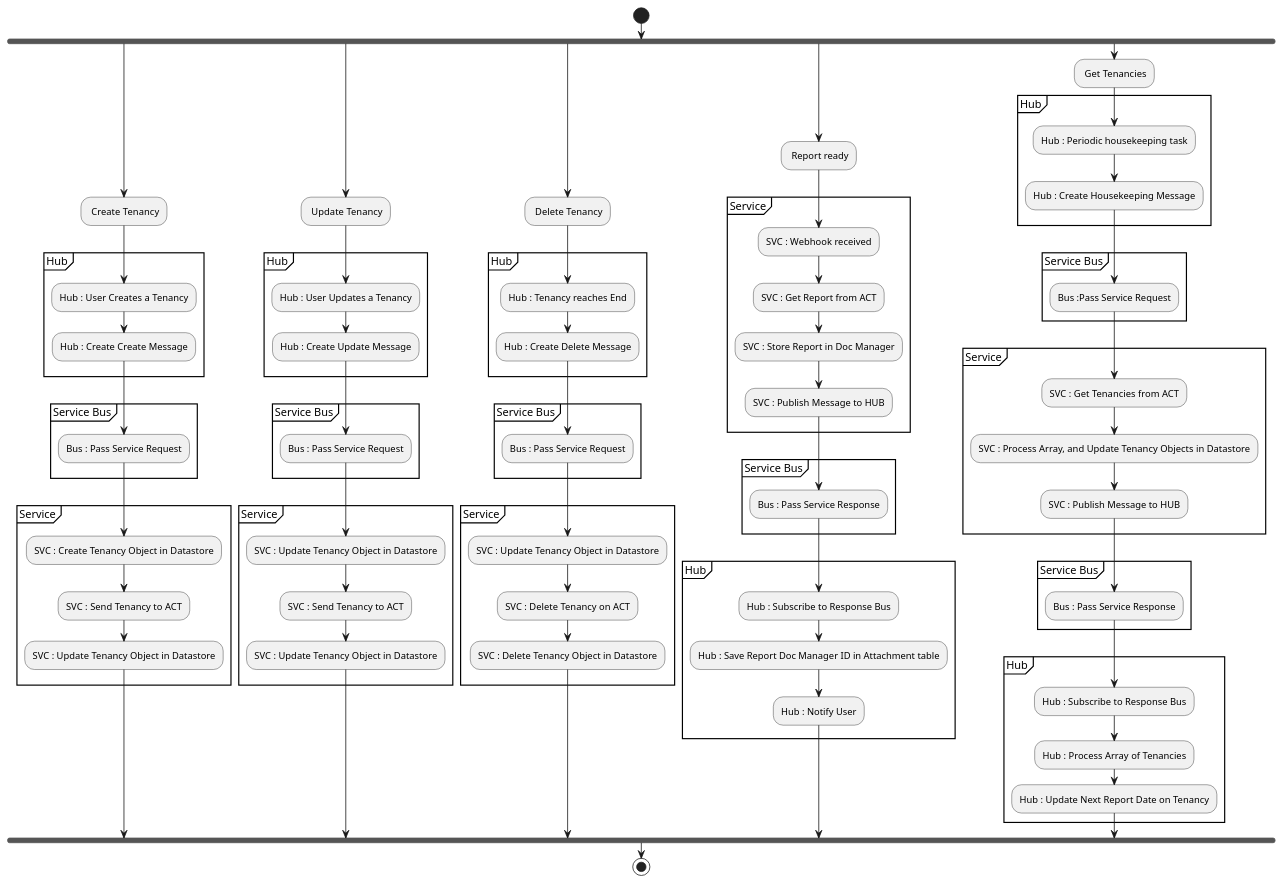
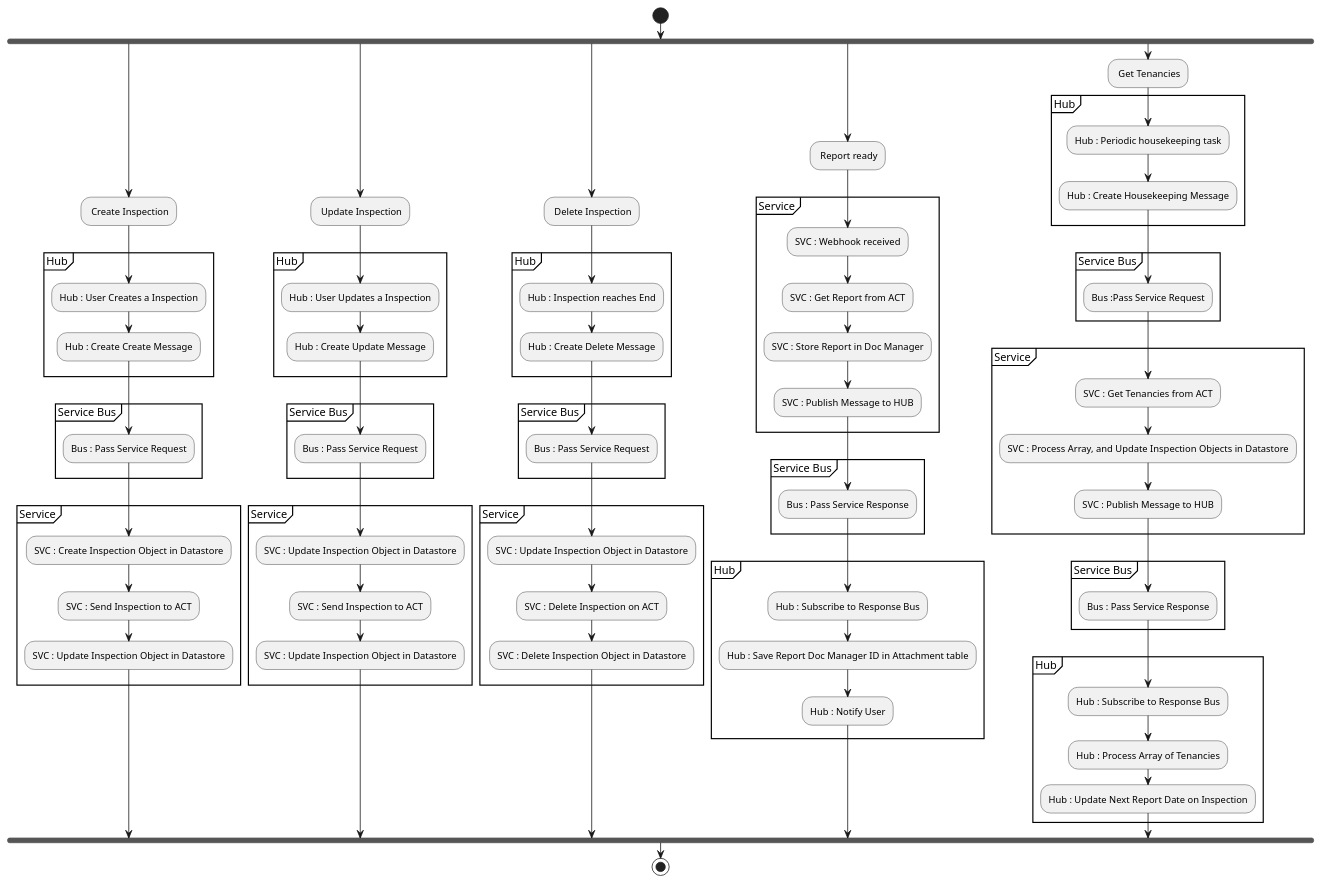
Before and after one commit to newportg/ACT: the diagram in plantuml/ProcessFlow.puml, drawn with PlantUML. The commit also changed 10 other files, not shown here.

```diff
--- a/plantuml/ProcessFlow.puml
+++ b/plantuml/ProcessFlow.puml
@@ -1,191 +1,103 @@
 @startuml
 
 start
 fork
-  : Create Tenancy;
+  : Create Inspection;
   Group Hub
-    :Hub : User Creates a Tenancy;
+    :Hub : User Creates a Inspection;
     :Hub : Create Create Message;    
   EndGroup
   
   Group Service Bus
     :Bus : Pass Service Request;
   EndGroup  
 
   Group Service
-    :SVC : Create Tenancy Object in Datastore;
-    :SVC : Send Tenancy to ACT;
-    :SVC : Update Tenancy Object in Datastore;
+    :SVC : Create Inspection Object in Datastore;
+    :SVC : Send Inspection to ACT;
+    :SVC : Update Inspection Object in Datastore;
   EndGroup
 
 fork again
-  : Update Tenancy;
+  : Update Inspection;
   Group Hub
-    :Hub : User Updates a Tenancy;   
+    :Hub : User Updates a Inspection;   
     :Hub : Create Update Message;        
   EndGroup
   
   Group Service Bus
     :Bus : Pass Service Request;
   EndGroup  
 
   Group Service
-    :SVC : Update Tenancy Object in Datastore;
-    :SVC : Send Tenancy to ACT;
-    :SVC : Update Tenancy Object in Datastore;
+    :SVC : Update Inspection Object in Datastore;
+    :SVC : Send Inspection to ACT;
+    :SVC : Update Inspection Object in Datastore;
   EndGroup  
 
 fork again
-  : Delete Tenancy;
+  : Delete Inspection;
   Group Hub
-    :Hub : Tenancy reaches End;
+    :Hub : Inspection reaches End;
     :Hub : Create Delete Message;
   EndGroup
   
   Group Service Bus
     :Bus : Pass Service Request;
   EndGroup  
 
   Group Service
-    :SVC : Update Tenancy Object in Datastore;
-    :SVC : Delete Tenancy on ACT;
-    :SVC : Delete Tenancy Object in Datastore;
+    :SVC : Update Inspection Object in Datastore;
+    :SVC : Delete Inspection on ACT;
+    :SVC : Delete Inspection Object in Datastore;
   EndGroup  
 fork again
   : Report ready;  
   Group Service
     :SVC : Webhook received;
     :SVC : Get Report from ACT;
     :SVC : Store Report in Doc Manager;
     :SVC : Publish Message to HUB;
   Endgroup  
 
   Group Service Bus
     :Bus : Pass Service Response;
   EndGroup    
 
   Group Hub
     :Hub : Subscribe to Response Bus;
     :Hub : Save Report Doc Manager ID in Attachment table;
     :Hub : Notify User;
   EndGroup
 fork again 
   : Get Tenancies;
   Group Hub
     :Hub : Periodic housekeeping task;
     :Hub : Create Housekeeping Message;
   EndGroup  
 
   Group Service Bus
     :Bus :Pass Service Request;
   EndGroup 
 
   Group Service
     :SVC : Get Tenancies from ACT;
-    :SVC : Process Array, and Update Tenancy Objects in Datastore;
+    :SVC : Process Array, and Update Inspection Objects in Datastore;
     :SVC : Publish Message to HUB;
   Endgroup   
 
   Group Service Bus
     :Bus : Pass Service Response;
   EndGroup   
 
   Group Hub
     :Hub : Subscribe to Response Bus;
     :Hub : Process Array of Tenancies;
-    :Hub : Update Next Report Date on Tenancy;
+    :Hub : Update Next Report Date on Inspection;
   EndGroup    
 endfork
 
 
 stop
 
-
-' fork
-'   : 1, Get Templates;
-'   Group Hub
-'     :HUB : Get Templates;
-'   EndGroup
-'   Group Service
-'     :SVC : Get Filterd Templates and details from Frontify;
-'   EndGroup
-
-' fork again
-'   : 2, Generate Brochure;
-
-'   Group Hub
-'     :Hub : Generate Text and Images;
-'     :1, Get Template;     
-    
-'     if ( Bespoke? ) then (TRUE)
-'       :Service Request : Bespoke Flag Set TRUE;
-'     else (FALSE)
-'       :Service Request : Bespoke Flag Set FALSE;
-'     endif
-'     :Service Request : Set TemplateId;
-'     :Service Request : Map Text and Images\n into Svc Request with Template Keys;
-'   Endgroup
-
-'   Group Service Bus
-'     :Pass Service Request;
-'   Endgroup
-'   Group Service
-'     Group Create CosmosDB Brochure Object
-'     :SVC : Create a Brochure Object in Datastore;
-'     :SVC : Store Text in Brochure Object;
-
-'       Group Asset Upload
-'         repeat
-'             :Upload Image to Frontify;
-'             :Save AssetId in Brochure Object;
-'         repeat while (More images to upload?) is (yes) not (no)
-'       EndGroup
-'     EndGroup
-
-'     if (Generate Bespoke Brochure?) then (TRUE)
-'       Group Generate CSV
-'         :Get All incomplete BESPOKE Brochures from Datastore;
-'         :Create CSV;
-'         repeat
-'           :Get Brochure Object;
-'           :CSV: New Row;
-'           :CSV: Add Texts to matching column heading;
-'           :CSV: Add AssetIds to matching column heading;
-'         repeat while (More Brochure Objects?) is (yes) not (no)
-
-'         :Upload CSV;
-'         :User : Generate Brochure;
-'         :3, Complete Brochure; 
-'       EndGroup
-
-'     else (FALSE)
-'       Group Auto Generate
-'         :Using Current Brochure Object;
-'         :ExportCreative and Associate Assets and Template;
-'         :Generate Brochure - Returns Brochure Id;
-'       EndGroup
-'     Group CleanUp
-'       :Check Brochure Status;
-'       :Get Brochure;
-'       :Store Brochure;
-'       :Complete Datastore Brochure Object;
-'     EndGroup
-
-'     Group Service Bus
-'       :Return Brochure Metadata;
-'     Endgroup
-'     endif
-'   EndGroup
-
-' fork again
-'   : 3, Complete Brochure;
-'   Group Hub
-'     :HUB : Complete Brochure;
-'   EndGroup
-'   Group Service
-'     :SVC : Mark datastore Brochure Object Complete;
-'   EndGroup
-' endfork
-' stop
-
 @enduml
```
